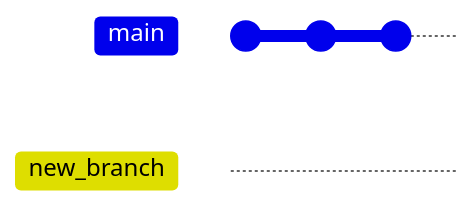
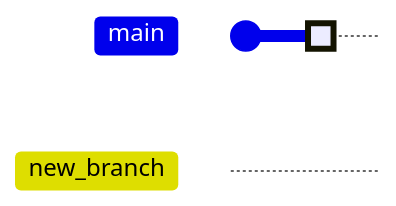
The fourth of 4 diagrams in README.md (roodriigoooo/SoftwareDevForBusiness), drawn with Mermaid before and after one commit. The commit also changed other lines of this file, not shown here. Commit ids are hidden.

Commit message:
highlight test

````diff
--- a/README.md
+++ b/README.md
@@ -161,8 +161,7 @@
 ```mermaid
 gitGraph
 	commit
-	commit
+	commit id:"head is still here" type: HIGHLIGHT
 	branch new_branch
 	checkout main
-	commit
 ```
````
